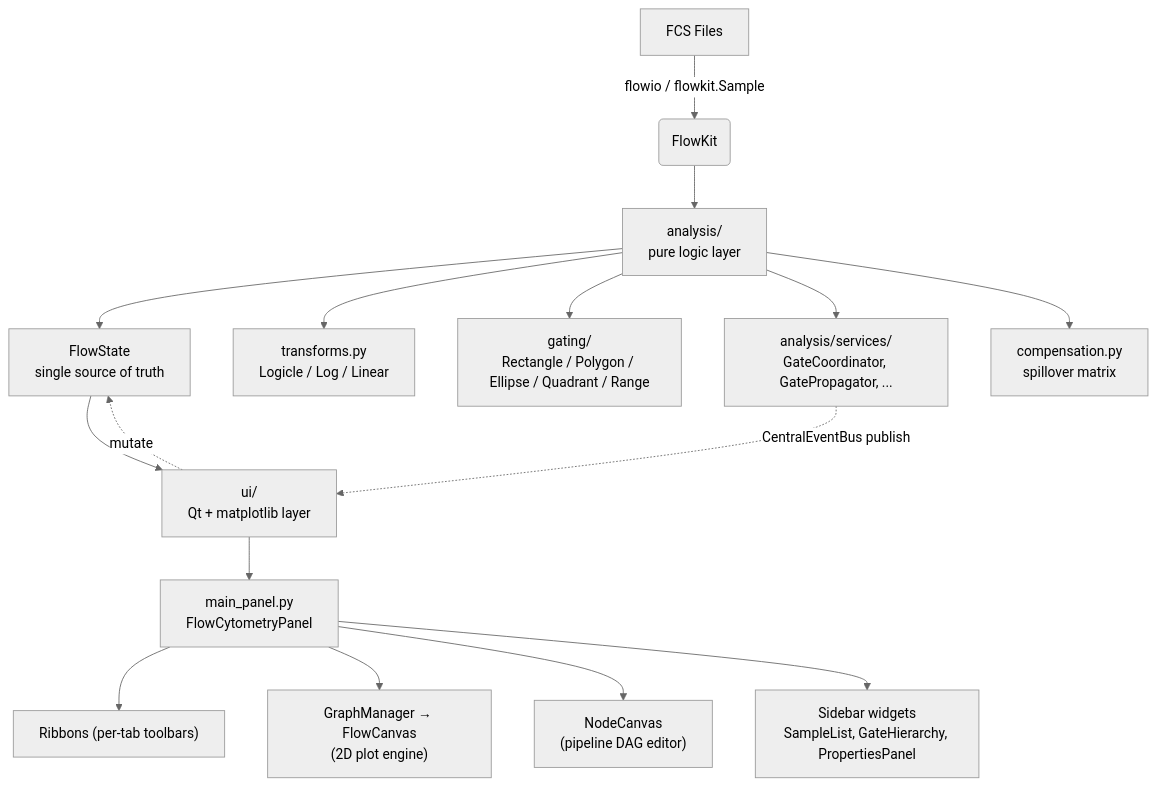
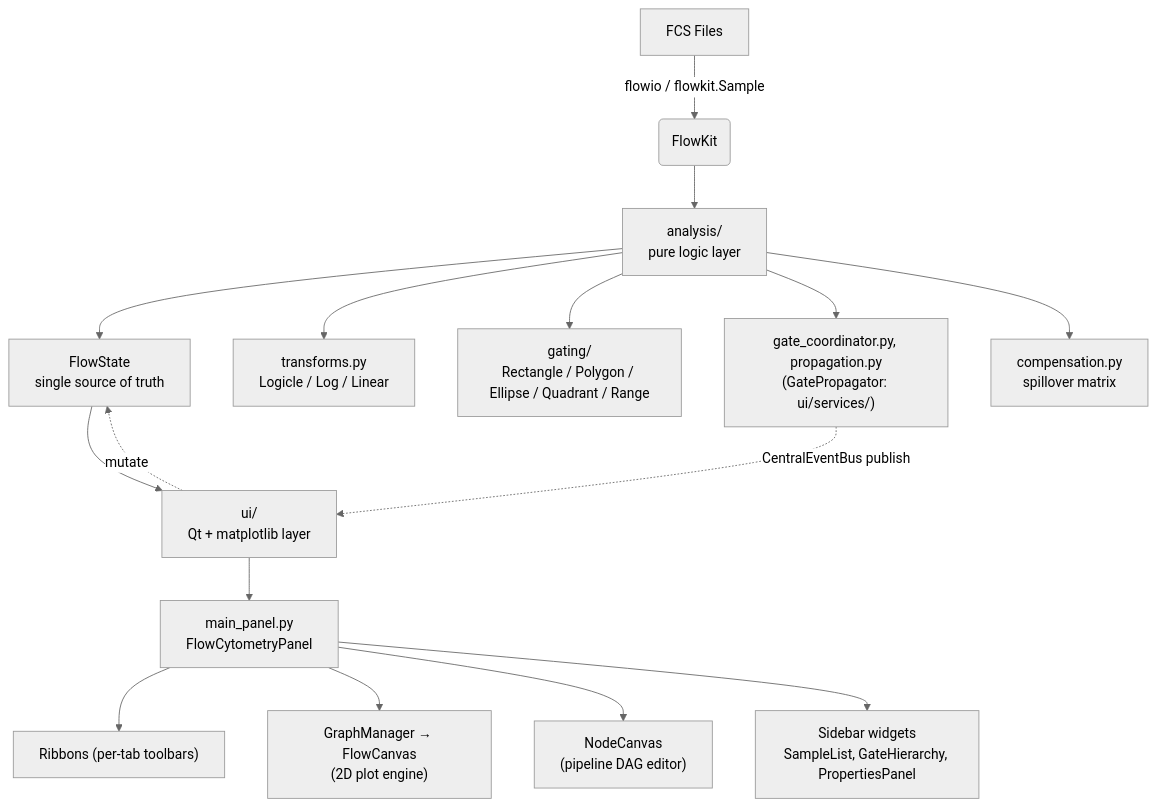
Before and after one commit to KalaimaranB/Karcytics-flow-cytometry: the second of 4 diagrams in docs/developer/00_ARCHITECTURE_OVERVIEW.md, drawn with Mermaid (neutral theme). The commit also changed other lines of this file and 27 other files, not shown here.

First line of the commit message:
refactor: scheduling services leave analysis/

````diff
--- a/docs/developer/00_ARCHITECTURE_OVERVIEW.md
+++ b/docs/developer/00_ARCHITECTURE_OVERVIEW.md
@@ -139,21 +139,21 @@
 ```mermaid
 graph TD
     A[FCS Files] -->|flowio / flowkit.Sample| B(FlowKit)
     B --> C["analysis/<br/>pure logic layer"]
     C --> D["FlowState<br/>single source of truth"]
     D --> E["ui/<br/>Qt + matplotlib layer"]
 
     E --> F["main_panel.py<br/>FlowCytometryPanel"]
     F --> G["Ribbons (per-tab toolbars)"]
     F --> H["GraphManager → FlowCanvas<br/>(2D plot engine)"]
     F --> I["NodeCanvas<br/>(pipeline DAG editor)"]
     F --> J["Sidebar widgets<br/>SampleList, GateHierarchy, PropertiesPanel"]
 
     C --> K["transforms.py<br/>Logicle / Log / Linear"]
     C --> L["gating/<br/>Rectangle / Polygon / Ellipse / Quadrant / Range"]
-    C --> M["analysis/services/<br/>GateCoordinator, GatePropagator, ..."]
+    C --> M["gate_coordinator.py, propagation.py<br/>(GatePropagator: ui/services/)"]
     C --> N["compensation.py<br/>spillover matrix"]
 
     E -.->|mutate| D
     M -.->|CentralEventBus publish| E
 ```
````
